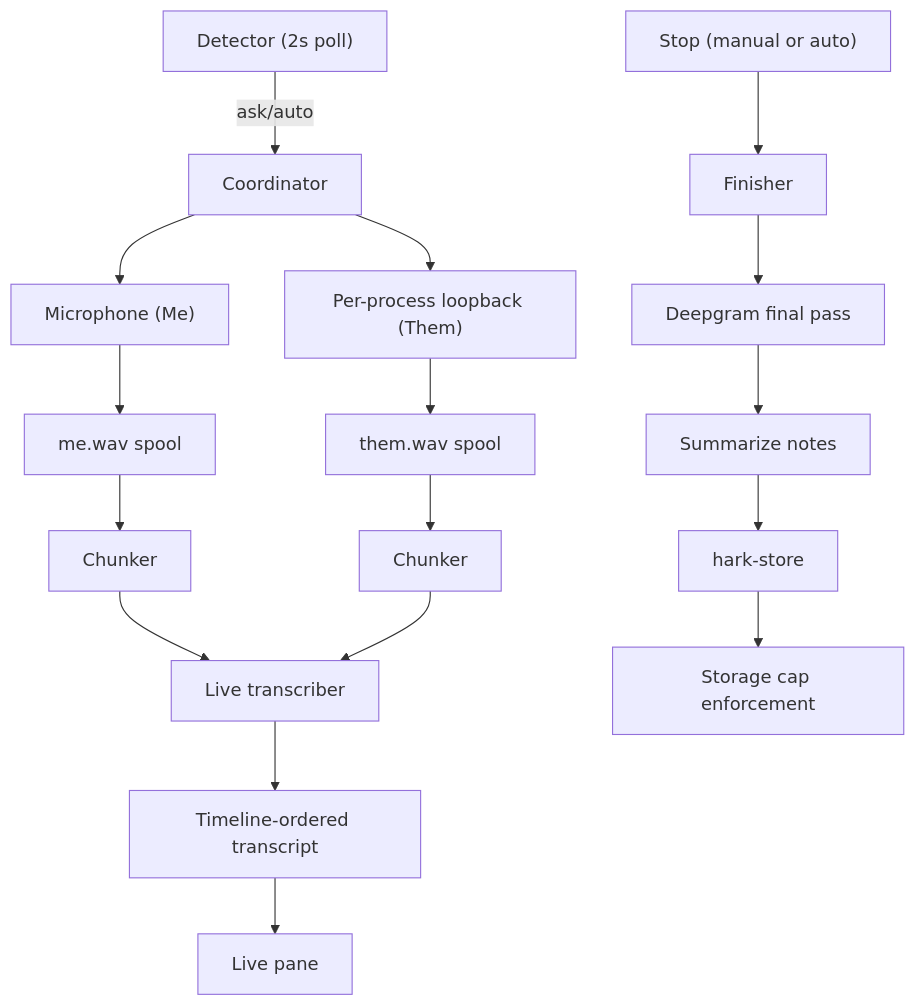
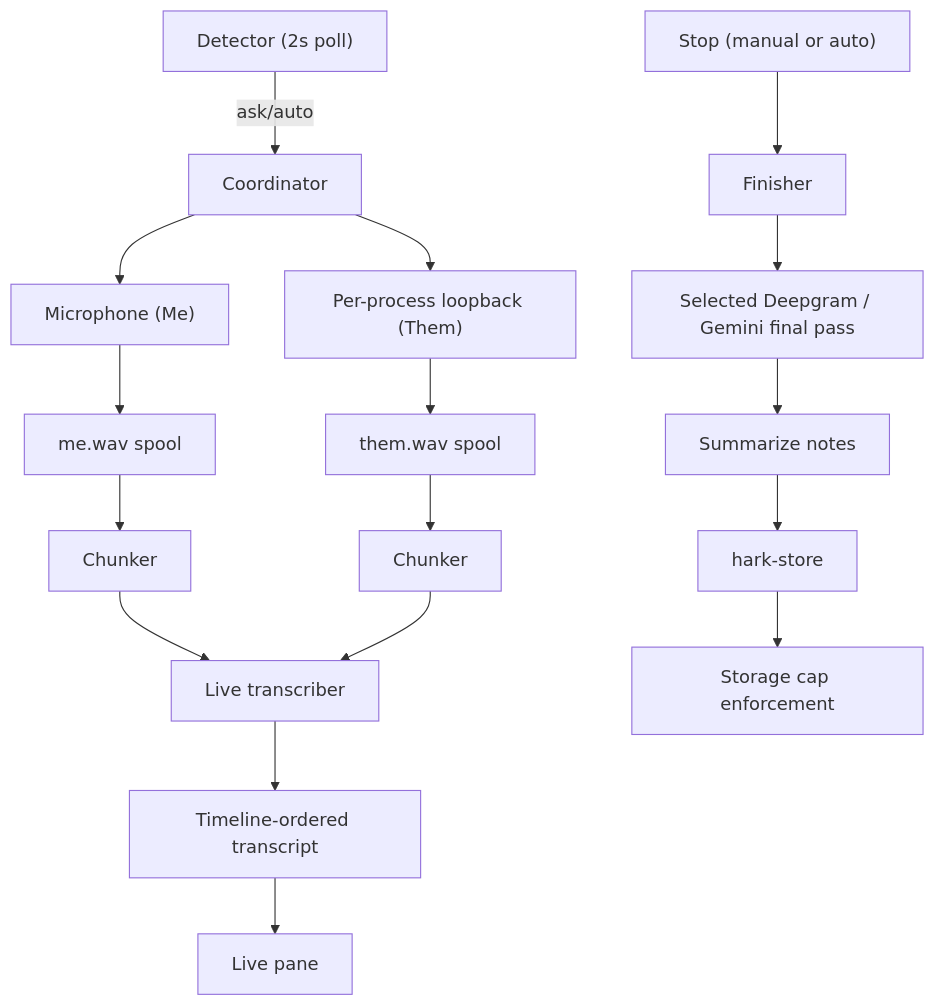
Before and after one commit to BoardPandas/Hark: the diagram in Docs/features/MEETINGS.md, drawn with Mermaid. The commit also changed other lines of this file and 32 other files, not shown here.

First line of the commit message:
feat(meetings): add a Gemini Files final pass (0.55.0)

````diff
--- a/Docs/features/MEETINGS.md
+++ b/Docs/features/MEETINGS.md
@@ -51,19 +53,19 @@
 ```mermaid
 graph TD
     Mic["Microphone (Me)"] --> Spool1["me.wav spool"]
     Loopback["Per-process loopback (Them)"] --> Spool2["them.wav spool"]
     Spool1 --> Chunk1["Chunker"]
     Spool2 --> Chunk2["Chunker"]
     Chunk1 --> Live["Live transcriber"]
     Chunk2 --> Live
     Live --> Merge["Timeline-ordered transcript"]
     Merge --> UI["Live pane"]
     Detector["Detector (2s poll)"] -->|ask/auto| Coordinator
     Coordinator["Coordinator"] --> Mic
     Coordinator --> Loopback
     Stop["Stop (manual or auto)"] --> Finish["Finisher"]
-    Finish --> FinalPass["Deepgram final pass"]
+    Finish --> FinalPass["Selected Deepgram / Gemini final pass"]
     FinalPass --> Notes["Summarize notes"]
     Notes --> Store["hark-store"]
     Store --> Cap["Storage cap enforcement"]
 ```
````
